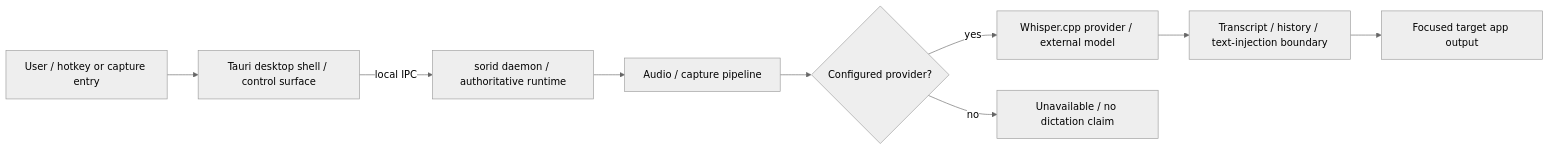
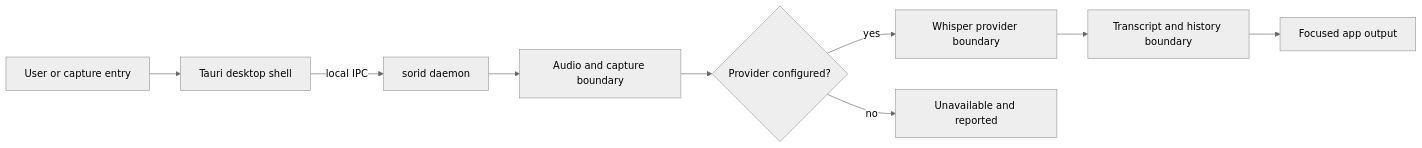
The diagram in README.md (kyoo-147/Sori), drawn with Mermaid (neutral theme) before and after one commit. The commit also changed other lines of this file and 2 other files, not shown here.

````diff
--- a/README.md
+++ b/README.md
@@ -41,11 +37,11 @@
 ```mermaid
 flowchart LR
-    U["User / hotkey or capture entry"] --> D["Tauri desktop shell / control surface"]
-    D -->|local IPC| S["sorid daemon / authoritative runtime"]
-    S --> A["Audio / capture pipeline"]
-    A --> R{"Configured provider?"}
-    R -->|yes| P["Whisper.cpp provider / external model"]
-    R -->|no| X["Unavailable / no dictation claim"]
-    P --> T["Transcript / history / text-injection boundary"]
-    T --> O["Focused target app output"]
+    U["User or capture entry"] --> D["Tauri desktop shell"]
+    D -->|local IPC| S["sorid daemon"]
+    S --> A["Audio and capture boundary"]
+    A --> R{"Provider configured?"}
+    R -->|yes| P["Whisper provider boundary"]
+    R -->|no| X["Unavailable and reported"]
+    P --> T["Transcript and history boundary"]
+    T --> O["Focused app output"]
 ```
````
